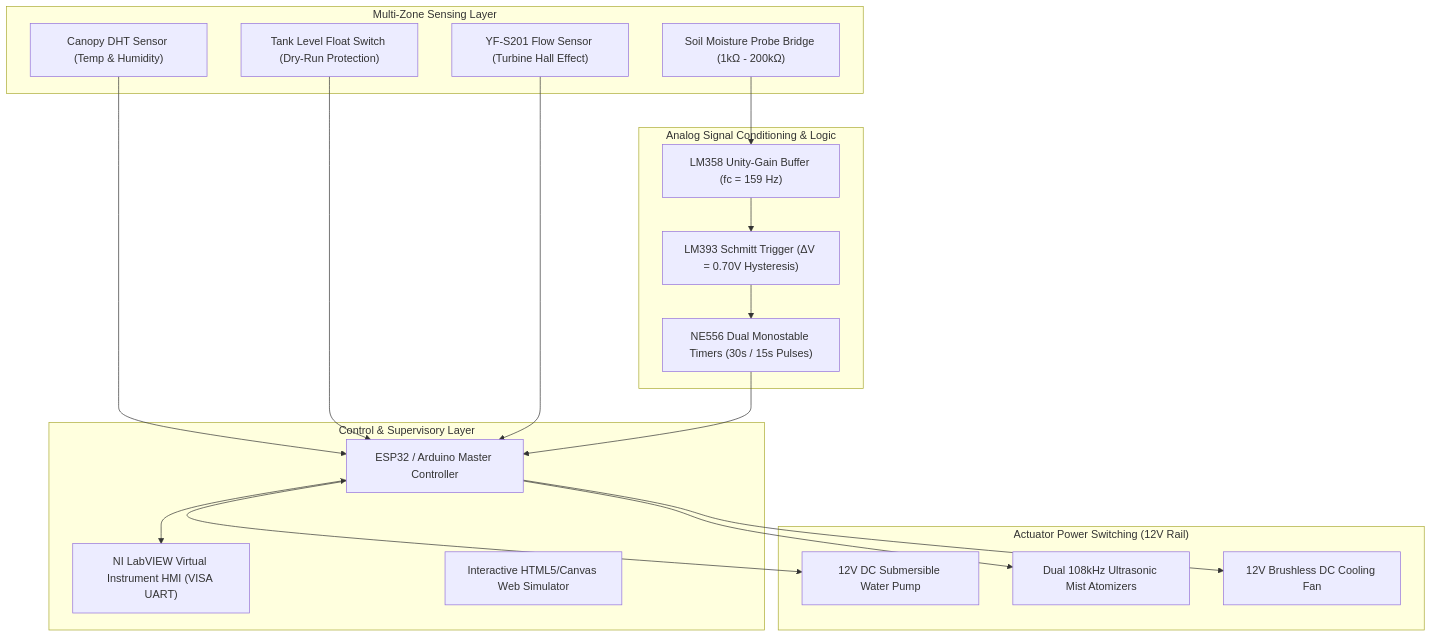
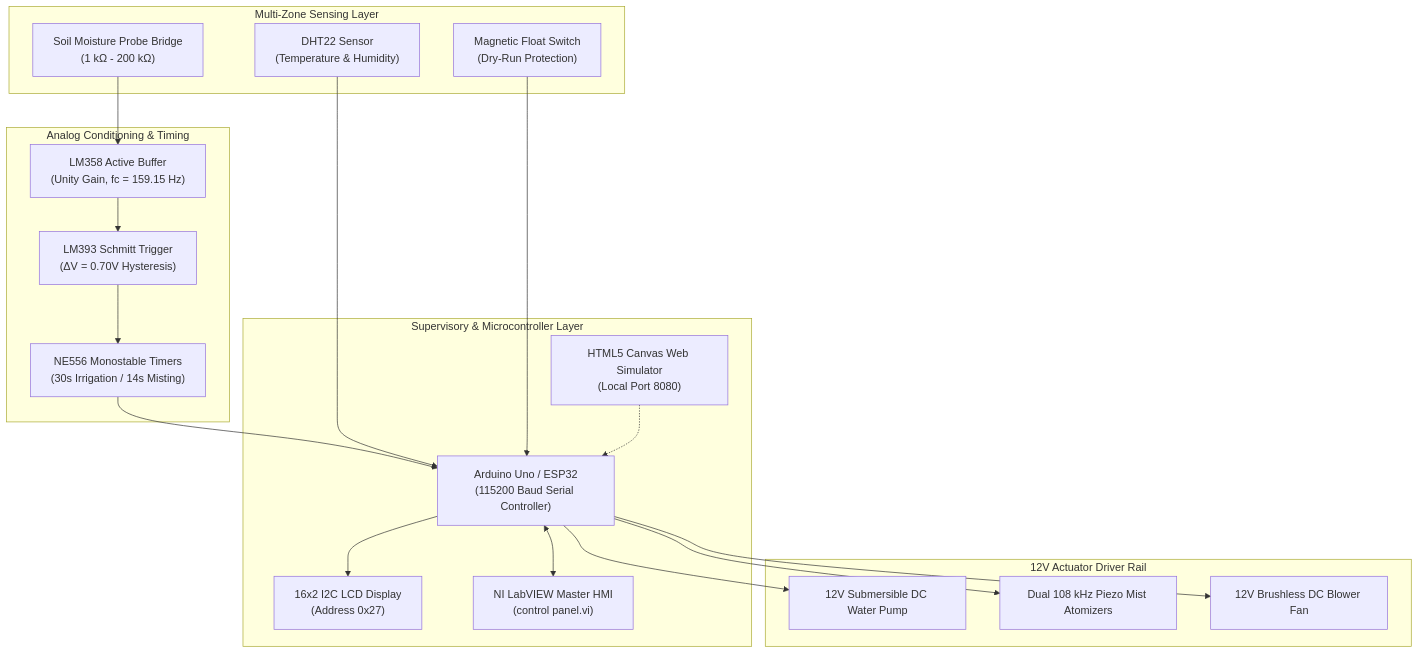
Before and after one commit to Hitesh070/Analog-Irrigation-System-LabVIEW: the first of 2 diagrams in README.md, drawn with Mermaid. The commit also changed other lines of this file, not shown here.

````diff
--- a/README.md
+++ b/README.md
@@ -56,38 +94,39 @@
 ```mermaid
 flowchart TD
     subgraph Sensing ["Multi-Zone Sensing Layer"]
-        Probe["Soil Moisture Probe Bridge (1kΩ - 200kΩ)"]
-        DHT["Canopy DHT Sensor (Temp & Humidity)"]
-        Float["Tank Level Float Switch (Dry-Run Protection)"]
-        Flow["YF-S201 Flow Sensor (Turbine Hall Effect)"]
+        Probe["Soil Moisture Probe Bridge\n(1 kΩ - 200 kΩ)"]
+        DHT["DHT22 Sensor\n(Temperature & Humidity)"]
+        Float["Magnetic Float Switch\n(Dry-Run Protection)"]
     end
 
-    subgraph Conditioning ["Analog Signal Conditioning & Logic"]
-        Buffer["LM358 Unity-Gain Buffer (fc = 159 Hz)"]
-        Schmitt["LM393 Schmitt Trigger (ΔV = 0.70V Hysteresis)"]
-        Timers["NE556 Dual Monostable Timers (30s / 15s Pulses)"]
+    subgraph Conditioning ["Analog Conditioning & Timing"]
+        Buffer["LM358 Active Buffer\n(Unity Gain, fc = 159.15 Hz)"]
+        Schmitt["LM393 Schmitt Trigger\n(ΔV = 0.70V Hysteresis)"]
+        Timers["NE556 Monostable Timers\n(30s Irrigation / 14s Misting)"]
     end
 
-    subgraph Control ["Control & Supervisory Layer"]
-        MCU["ESP32 / Arduino Master Controller"]
-        LabVIEW["NI LabVIEW Virtual Instrument HMI (VISA UART)"]
-        WebSim["Interactive HTML5/Canvas Web Simulator"]
+    subgraph Control ["Supervisory & Microcontroller Layer"]
+        MCU["Arduino Uno / ESP32\n(115200 Baud Serial Controller)"]
+        LCD["16x2 I2C LCD Display\n(Address 0x27)"]
+        LabVIEW["NI LabVIEW Master HMI\n(control panel.vi)"]
+        WebSim["HTML5 Canvas Web Simulator\n(Local Port 8080)"]
     end
 
-    subgraph Actuators ["Actuator Power Switching (12V Rail)"]
-        Pump["12V DC Submersible Water Pump"]
-        Mist["Dual 108kHz Ultrasonic Mist Atomizers"]
-        Fan["12V Brushless DC Cooling Fan"]
+    subgraph Actuators ["12V Actuator Driver Rail"]
+        Pump["12V Submersible DC Water Pump"]
+        Mist["Dual 108 kHz Piezo Mist Atomizers"]
+        Fan["12V Brushless DC Blower Fan"]
     end
 
     Probe --> Buffer --> Schmitt --> Timers
+    Timers --> MCU
     DHT --> MCU
     Float --> MCU
-    Flow --> MCU
-    Timers --> MCU
 
     MCU <--> LabVIEW
+    MCU --> LCD
     MCU --> Pump
     MCU --> Mist
     MCU --> Fan
+    WebSim -.-> MCU
 ```
````
